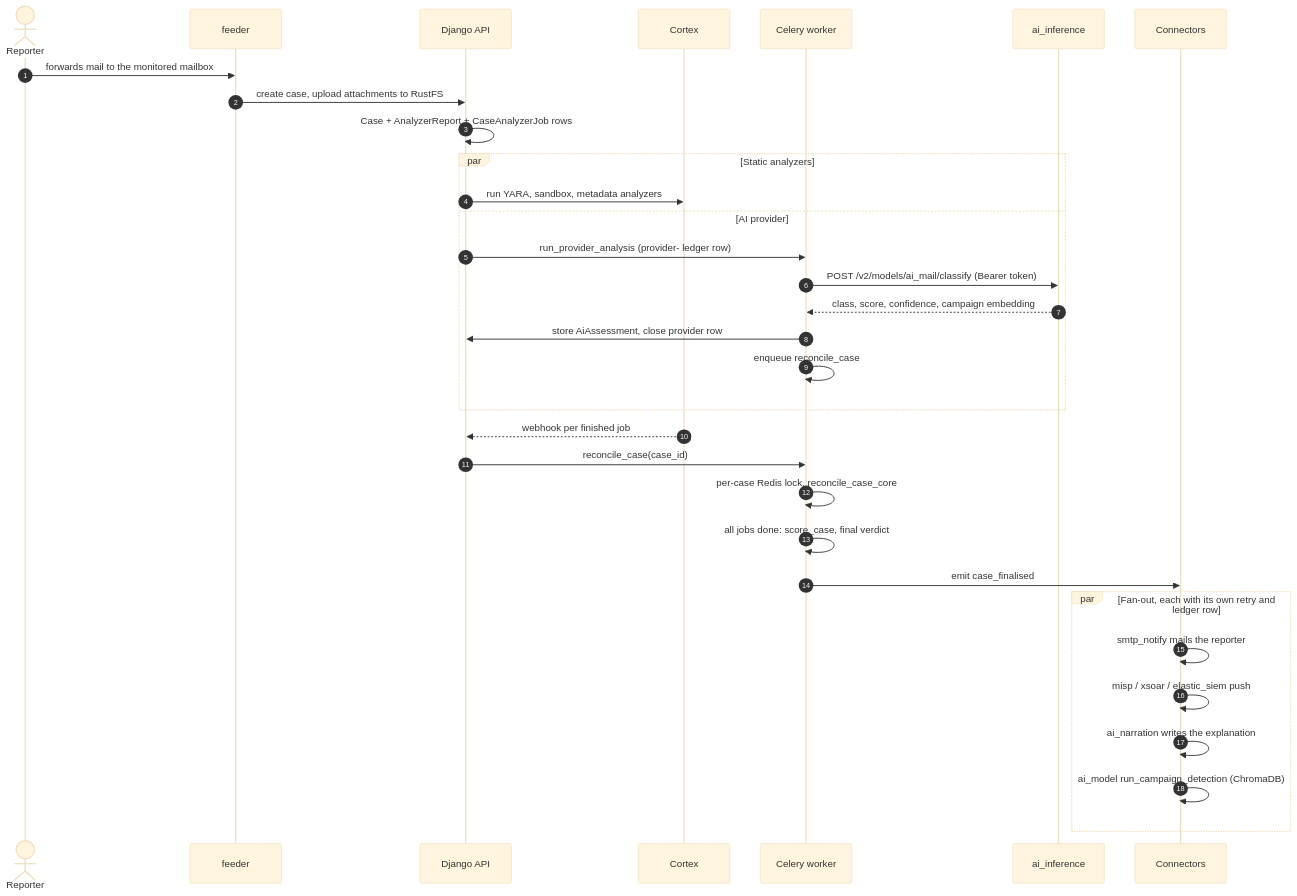
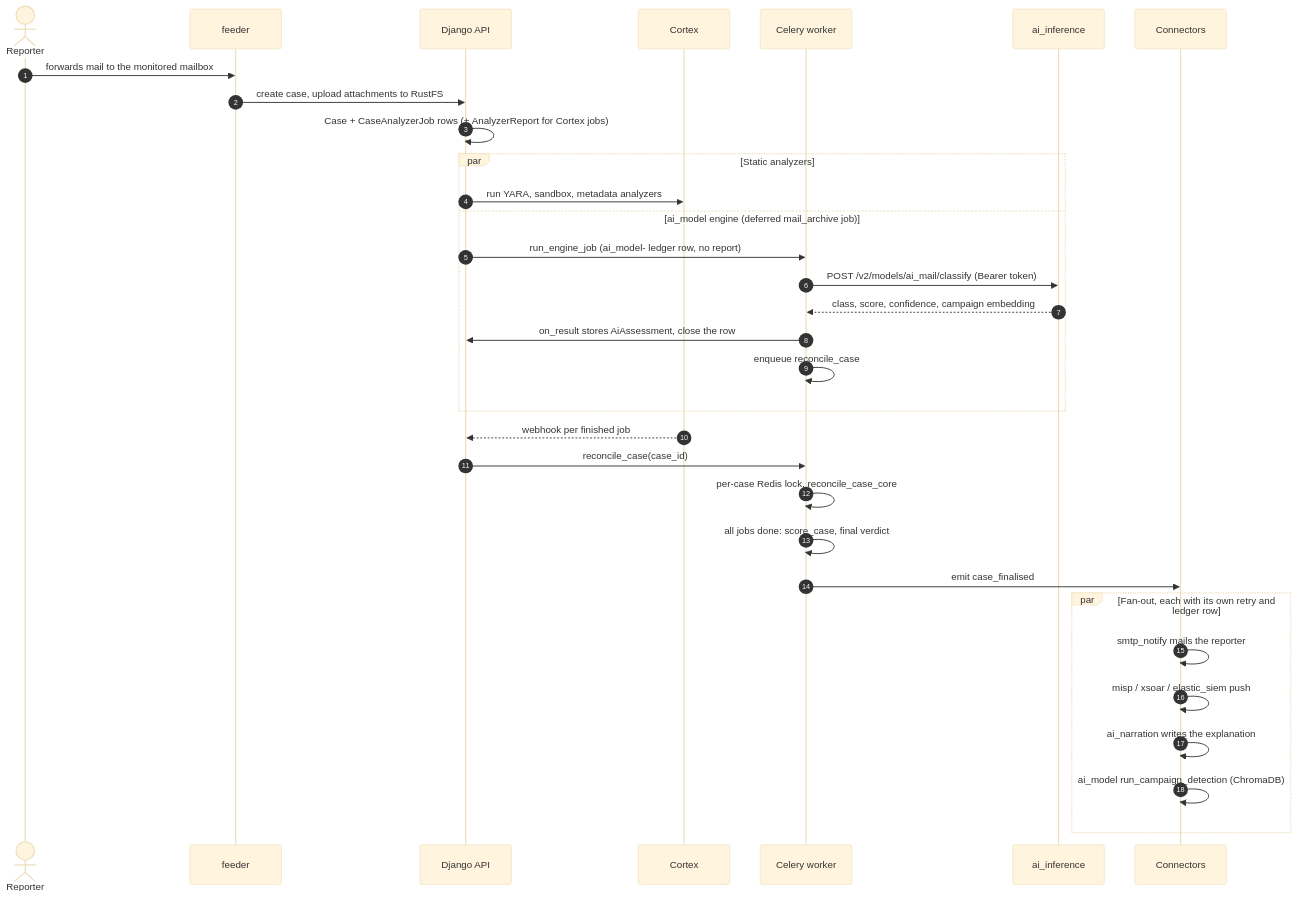
One commit to thalesgroup-cert/suspicious changed the second of 3 diagrams in docs/architecture.md. Above: the diagram before and after it, drawn with Mermaid (base theme). The commit also changed other lines of this file and 45 other files, not shown here.

First line of the commit message:
feat(ai_model): the mail AI verdict as a deferred analysis-engine job

````diff
--- a/docs/architecture.md
+++ b/docs/architecture.md
@@ -165,35 +168,35 @@
 ```mermaid
 sequenceDiagram
     autonumber
     actor R as Reporter
     participant F as feeder
     participant D as Django API
     participant C as Cortex
     participant Q as Celery worker
     participant AI as ai_inference
     participant K as Connectors
 
     R->>F: forwards mail to the monitored mailbox
     F->>D: create case, upload attachments to RustFS
-    D->>D: Case + AnalyzerReport + CaseAnalyzerJob rows
+    D->>D: Case + CaseAnalyzerJob rows (+ AnalyzerReport for Cortex jobs)
     par Static analyzers
         D->>C: run YARA, sandbox, metadata analyzers
-    and AI provider
-        D->>Q: run_provider_analysis (provider- ledger row)
+    and ai_model engine (deferred mail_archive job)
+        D->>Q: run_engine_job (ai_model- ledger row, no report)
         Q->>AI: POST /v2/models/ai_mail/classify (Bearer token)
         AI-->>Q: class, score, confidence, campaign embedding
-        Q->>D: store AiAssessment, close provider row
+        Q->>D: on_result stores AiAssessment, close the row
         Q->>Q: enqueue reconcile_case
     end
     C-->>D: webhook per finished job
     D->>Q: reconcile_case(case_id)
     Q->>Q: per-case Redis lock, reconcile_case_core
     Q->>Q: all jobs done: score_case, final verdict
     Q->>K: emit case_finalised
     par Fan-out, each with its own retry and ledger row
         K->>K: smtp_notify mails the reporter
         K->>K: misp / xsoar / elastic_siem push
         K->>K: ai_narration writes the explanation
         K->>K: ai_model run_campaign_detection (ChromaDB)
     end
 ```
````
